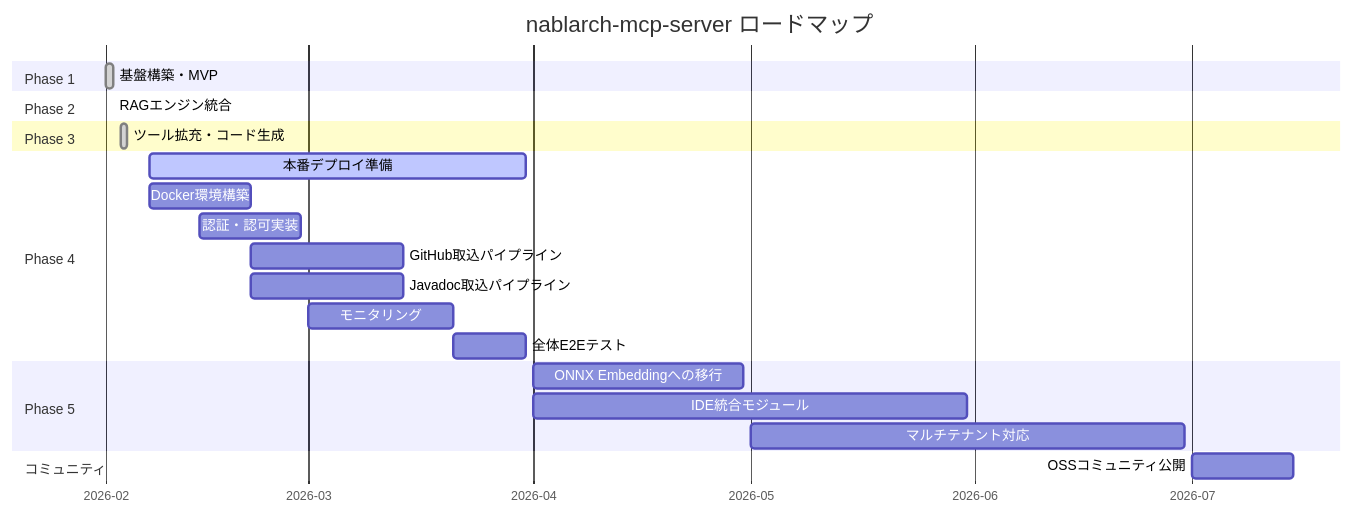
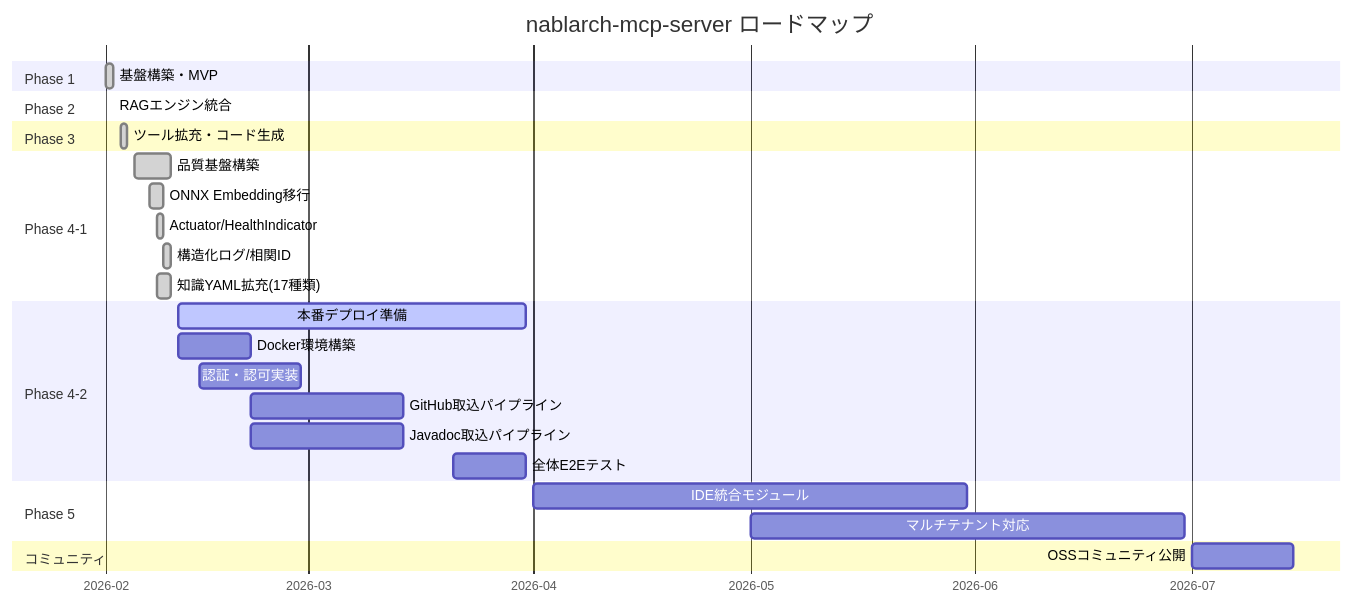
One commit to kumagoro1202/nablarch-mcp-server changed the second of 2 diagrams in docs/articles/14-troubleshooting-and-roadmap.md. Above: the diagram before and after it, drawn with Mermaid. The commit also changed other lines of this file and 9 other files, not shown here.

````diff
--- a/docs/articles/14-troubleshooting-and-roadmap.md
+++ b/docs/articles/14-troubleshooting-and-roadmap.md
@@ -1041,32 +1058,37 @@
 ```mermaid
 gantt
     title nablarch-mcp-server ロードマップ
     dateFormat YYYY-MM-DD
     axisFormat %Y-%m
 
     section Phase 1
     基盤構築・MVP           :done,    p1, 2026-02-01, 2026-02-02
 
     section Phase 2
     RAGエンジン統合         :done,    p2, 2026-02-02, 2026-02-02
 
     section Phase 3
     ツール拡充・コード生成   :done,    p3, 2026-02-03, 2026-02-04
 
-    section Phase 4
-    本番デプロイ準備        :active,  p4, 2026-02-07, 2026-03-31
-    Docker環境構築          :         p4a, 2026-02-07, 2026-02-21
-    認証・認可実装          :         p4b, 2026-02-14, 2026-02-28
-    GitHub取込パイプライン  :         p4c, 2026-02-21, 2026-03-14
-    Javadoc取込パイプライン :         p4d, 2026-02-21, 2026-03-14
-    モニタリング            :         p4e, 2026-03-01, 2026-03-21
-    全体E2Eテスト           :         p4f, 2026-03-21, 2026-03-31
+    section Phase 4-1
+    品質基盤構築            :done,    p41, 2026-02-05, 2026-02-10
+    ONNX Embedding移行      :done,    p41a, 2026-02-07, 2026-02-09
+    Actuator/HealthIndicator:done,    p41b, 2026-02-08, 2026-02-09
+    構造化ログ/相関ID       :done,    p41c, 2026-02-09, 2026-02-10
+    知識YAML拡充(17種類)    :done,    p41d, 2026-02-08, 2026-02-10
+
+    section Phase 4-2
+    本番デプロイ準備        :active,  p42, 2026-02-11, 2026-03-31
+    Docker環境構築          :         p42a, 2026-02-11, 2026-02-21
+    認証・認可実装          :         p42b, 2026-02-14, 2026-02-28
+    GitHub取込パイプライン  :         p42c, 2026-02-21, 2026-03-14
+    Javadoc取込パイプライン :         p42d, 2026-02-21, 2026-03-14
+    全体E2Eテスト           :         p42e, 2026-03-21, 2026-03-31
 
     section Phase 5
-    ONNX Embeddingへの移行  :         p5a, 2026-04-01, 2026-04-30
     IDE統合モジュール       :         p5b, 2026-04-01, 2026-05-31
     マルチテナント対応      :         p5c, 2026-05-01, 2026-06-30
 
     section コミュニティ
     OSSコミュニティ公開     :         oss, 2026-07-01, 2026-07-15
 ```
````
